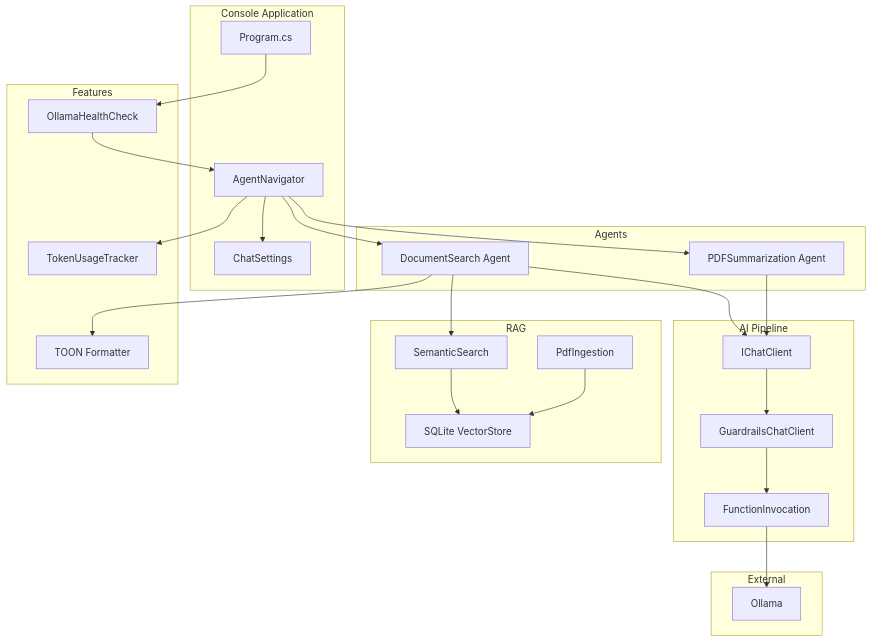
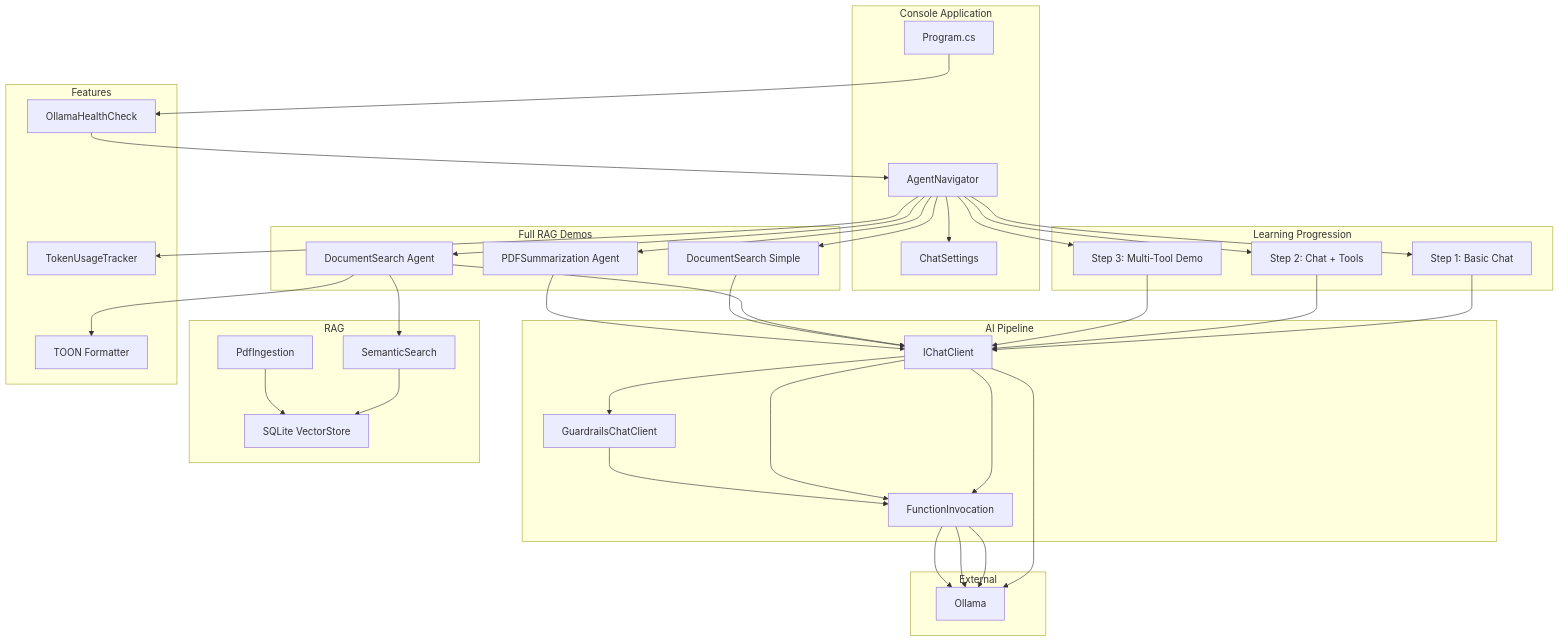
Before and after one commit to mgliot/AI.Workshop: the first of 6 diagrams in docs/AI.Workshop.Console.AgentChat.md, drawn with Mermaid. The commit also changed other lines of this file and 23 other files, not shown here.

````diff
--- a/docs/AI.Workshop.Console.AgentChat.md
+++ b/docs/AI.Workshop.Console.AgentChat.md
@@ -7,45 +19,56 @@
 ```mermaid
 graph TB
     subgraph "Console Application"
         MAIN[Program.cs]
         NAV[AgentNavigator]
         SET[ChatSettings]
     end
     
-    subgraph "Agents"
+    subgraph "Learning Progression"
+        S1[Step 1: Basic Chat]
+        S2[Step 2: Chat + Tools]
+        S3[Step 3: Multi-Tool Demo]
+    end
+    
+    subgraph "Full RAG Demos"
         DS[DocumentSearch Agent]
+        DSS[DocumentSearch Simple]
         PS[PDFSummarization Agent]
     end
     
     subgraph "AI Pipeline"
         CC[IChatClient]
         GR[GuardrailsChatClient]
         FI[FunctionInvocation]
     end
     
     subgraph "RAG"
         VS[SQLite VectorStore]
         SS[SemanticSearch]
         PDF[PdfIngestion]
     end
     
     subgraph "Features"
         TOON[TOON Formatter]
         TKN[TokenUsageTracker]
         HC[OllamaHealthCheck]
     end
     
     subgraph "External"
         OLL[Ollama]
     end
     
     MAIN --> HC --> NAV
     NAV --> SET
-    NAV --> DS & PS
-    DS & PS --> CC
+    NAV --> S1 & S2 & S3
+    NAV --> DS & DSS & PS
+    S1 --> CC --> OLL
+    S2 --> CC --> FI --> OLL
+    S3 --> CC --> FI --> OLL
+    DS & DSS & PS --> CC
     CC --> GR --> FI --> OLL
     DS --> SS --> VS
     PDF --> VS
     DS --> TOON
     NAV --> TKN
 ```
````
